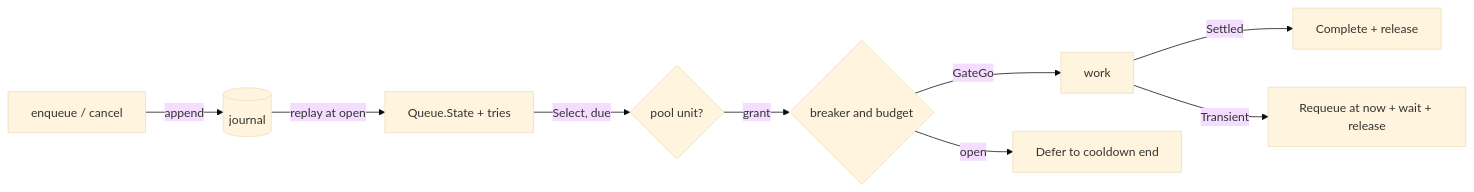
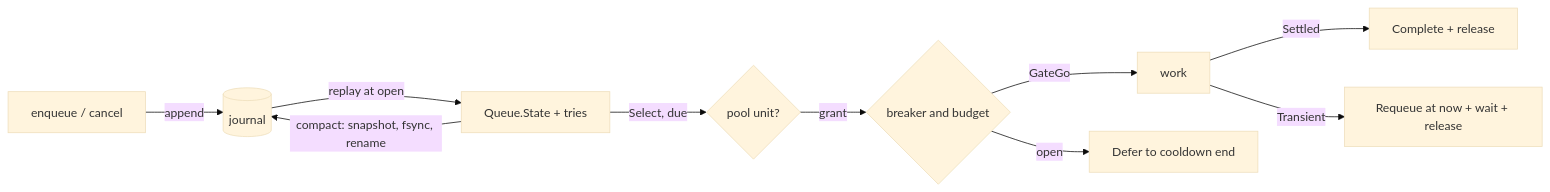
The diagram in runner/README.md (MuhDur/bend-kit), drawn with Mermaid (base theme) before and after one commit. The commit also changed other lines of this file and 11 other files, not shown here.

````diff
--- a/runner/README.md
+++ b/runner/README.md
@@ -11,11 +11,12 @@
 ```mermaid
 flowchart LR
   E[enqueue / cancel] -->|append| J[(journal)]
   J -->|replay at open| S[Queue.State + tries]
   S -->|Select, due| P{pool unit?}
   P -->|grant| B{breaker and budget}
   B -->|GateGo| W[work]
   B -->|open| D[Defer to cooldown end]
   W -->|Settled| C[Complete + release]
   W -->|Transient| Rq[Requeue at now + wait + release]
+  S -->|compact: snapshot, fsync, rename| J
 ```
````
